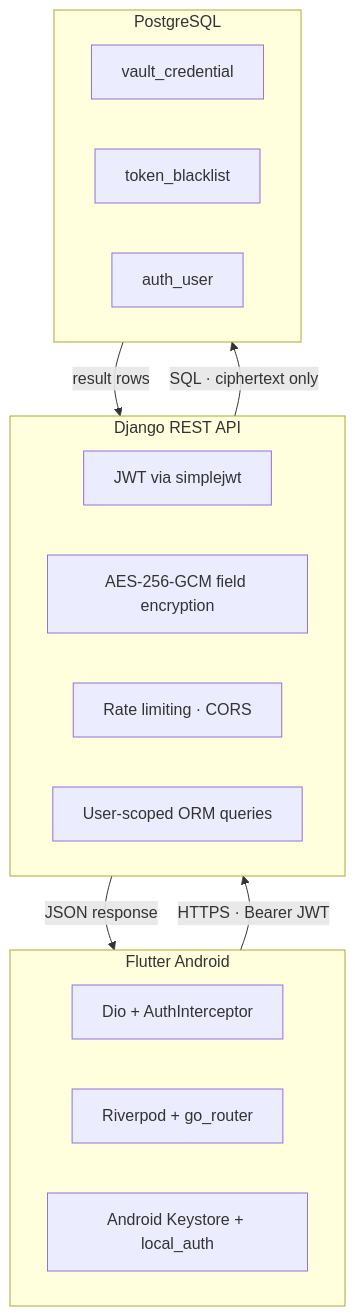
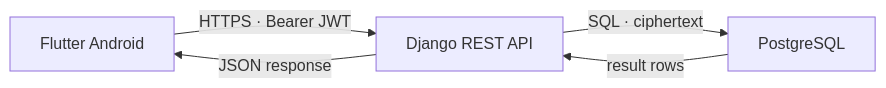
Before and after one commit to dmnkSabota/password-vault: the diagram in README.md, drawn with Mermaid.

Commit message:
minimal architecture diagram

````diff
--- a/README.md
+++ b/README.md
@@ -9,26 +9,7 @@
 ```mermaid
-flowchart TD
-    subgraph Flutter["Flutter Android"]
-        NET[Dio + AuthInterceptor]
-        NAV[Riverpod + go_router]
-        SEC[Android Keystore + local_auth]
-    end
-
-    subgraph Django["Django REST API"]
-        AUTH[JWT via simplejwt]
-        ENC[AES-256-GCM field encryption]
-        RATE[Rate limiting · CORS]
-        ISO[User-scoped ORM queries]
-    end
-
-    subgraph Postgres["PostgreSQL"]
-        T1[vault_credential]
-        T2[token_blacklist]
-        T3[auth_user]
-    end
-
-    Flutter -->|HTTPS · Bearer JWT| Django
-    Django -->|JSON response| Flutter
-    Django -->|SQL · ciphertext only| Postgres
-    Postgres -->|result rows| Django
+flowchart LR
+    A[Flutter Android] -->|HTTPS · Bearer JWT| B[Django REST API]
+    B -->|JSON response| A
+    B -->|SQL · ciphertext| C[PostgreSQL]
+    C -->|result rows| B
 ```
````
